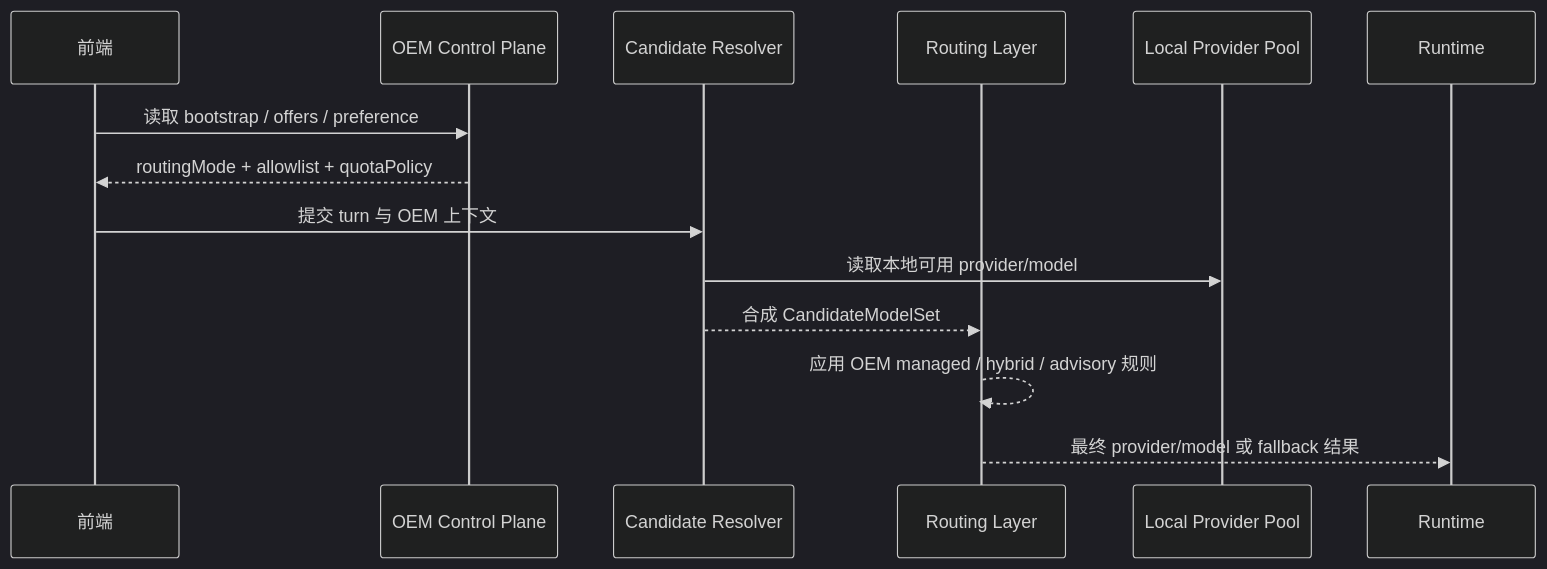
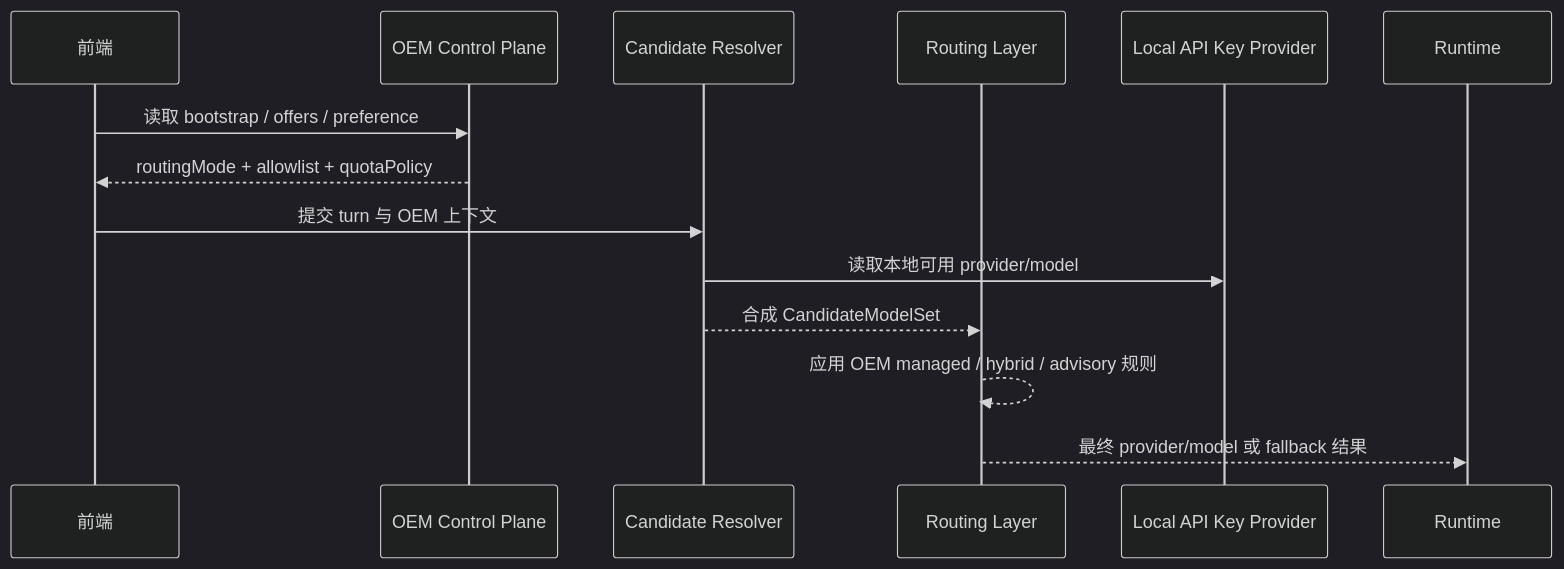
The fifth of 9 diagrams in docs/roadmap/task/diagrams.md (limecloud/lime), drawn with Mermaid (dark theme) before and after one commit. The commit also changed other lines of this file and 242 other files, not shown here.

````diff
--- a/docs/roadmap/task/diagrams.md
+++ b/docs/roadmap/task/diagrams.md
@@ -105,17 +105,17 @@
 ```mermaid
 sequenceDiagram
     participant FE as 前端
     participant OEM as OEM Control Plane
     participant Candidate as Candidate Resolver
     participant Router as Routing Layer
-    participant Pool as Local Provider Pool
+    participant Providers as Local API Key Provider
     participant Exec as Runtime
 
     FE->>OEM: 读取 bootstrap / offers / preference
     OEM-->>FE: routingMode + allowlist + quotaPolicy
     FE->>Candidate: 提交 turn 与 OEM 上下文
-    Candidate->>Pool: 读取本地可用 provider/model
+    Candidate->>Providers: 读取本地可用 provider/model
     Candidate-->>Router: 合成 CandidateModelSet
     Router-->>Router: 应用 OEM managed / hybrid / advisory 规则
     Router-->>Exec: 最终 provider/model 或 fallback 结果
 ```
````
